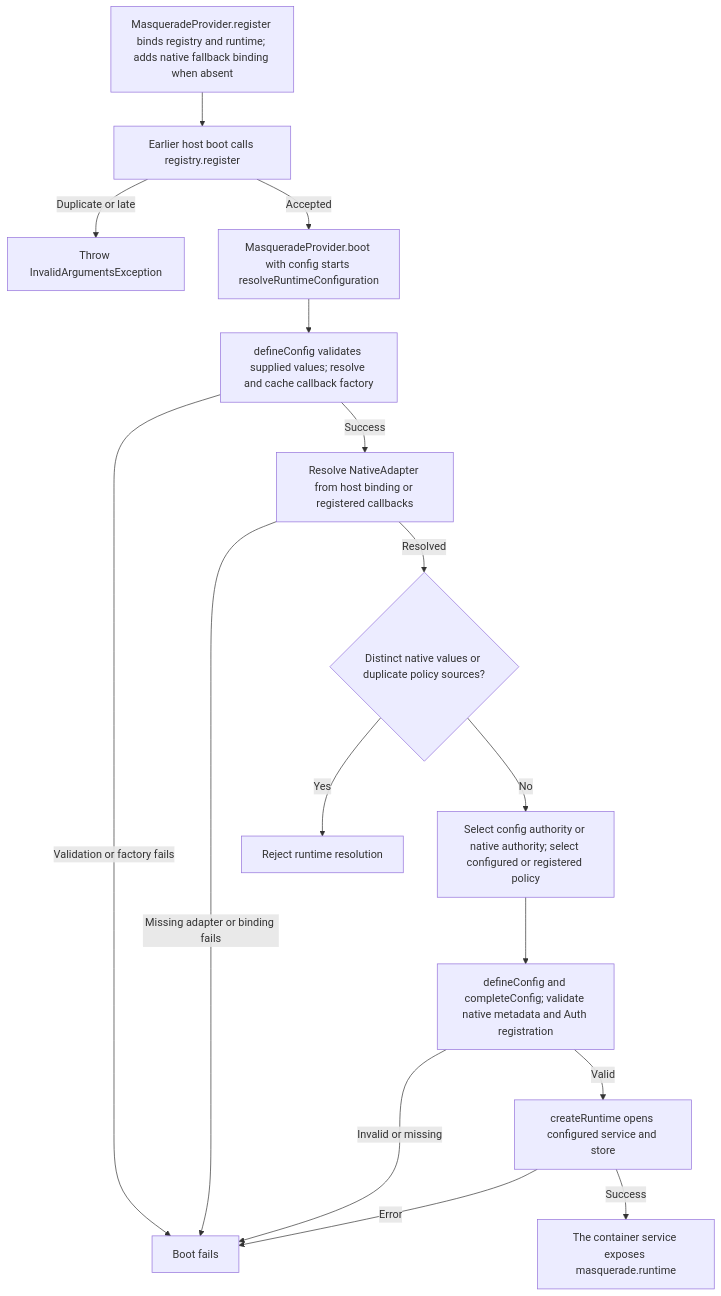
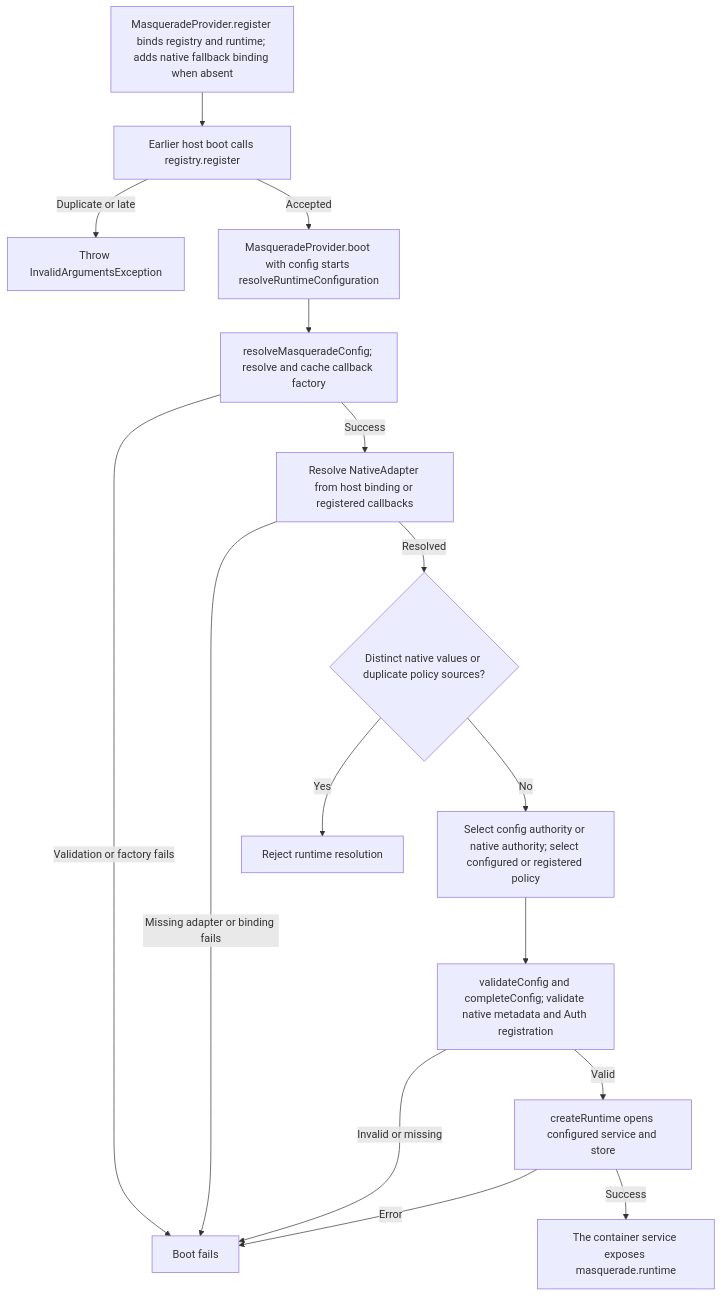
Before and after one commit to Kevinjohn/oss-adonisjs-masquerade: the second of 2 diagrams in user-stories/configure-masquerade/us-setup-03-register-integration-callbacks.md, drawn with Mermaid. The commit also changed 15 other files, not shown here.

````diff
--- a/user-stories/configure-masquerade/us-setup-03-register-integration-callbacks.md
+++ b/user-stories/configure-masquerade/us-setup-03-register-integration-callbacks.md
@@ -36,18 +36,18 @@
 ```mermaid
 flowchart TD
     A["MasqueradeProvider.register binds registry and runtime; adds native fallback binding when absent"] --> B["Earlier host boot calls registry.register"]
     B -->|Duplicate or late| X["Throw InvalidArgumentsException"]
     B -->|Accepted| C["MasqueradeProvider.boot with config starts resolveRuntimeConfiguration"]
-    C --> D["defineConfig validates supplied values; resolve and cache callback factory"]
+    C --> D["resolveMasqueradeConfig; resolve and cache callback factory"]
     D -->|Validation or factory fails| Y["Boot fails"]
     D -->|Success| E["Resolve NativeAdapter from host binding or registered callbacks"]
     E -->|Missing adapter or binding fails| Y
     E -->|Resolved| G{"Distinct native values or duplicate policy sources?"}
     G -->|Yes| X2["Reject runtime resolution"]
     G -->|No| H["Select config authority or native authority; select configured or registered policy"]
-    H --> I["defineConfig and completeConfig; validate native metadata and Auth registration"]
+    H --> I["validateConfig and completeConfig; validate native metadata and Auth registration"]
     I -->|Invalid or missing| Y
     I -->|Valid| K["createRuntime opens configured service and store"]
     K -->|Error| Y
     K -->|Success| L["The container service exposes masquerade.runtime"]
 ```
````
